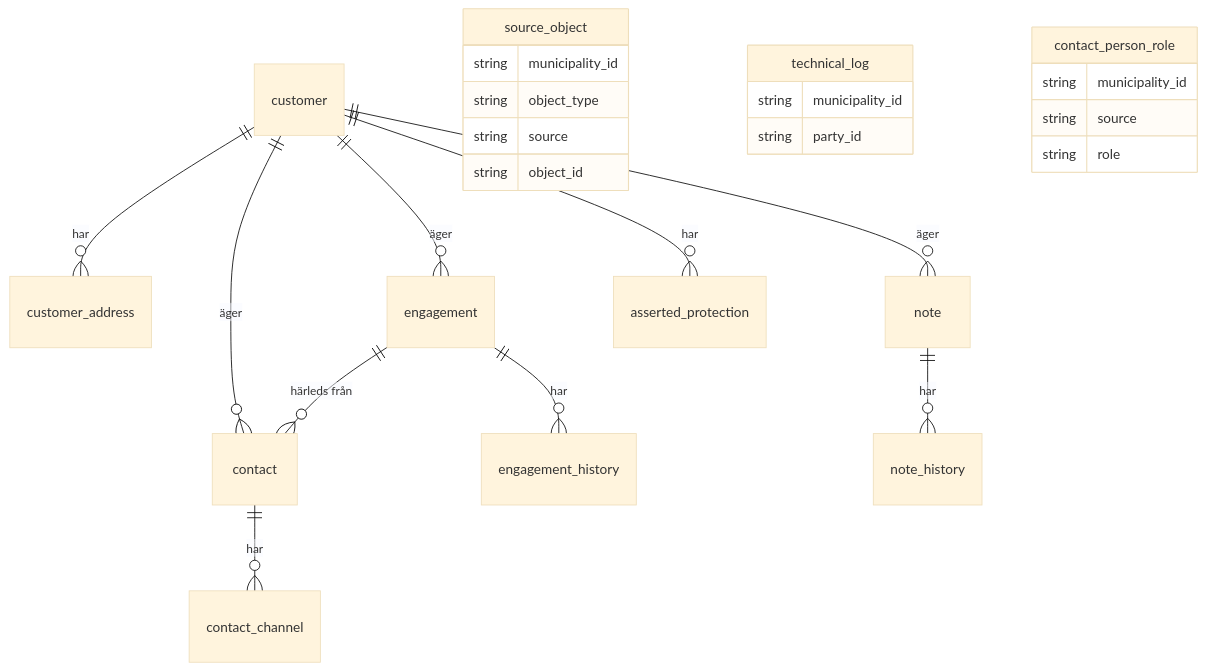
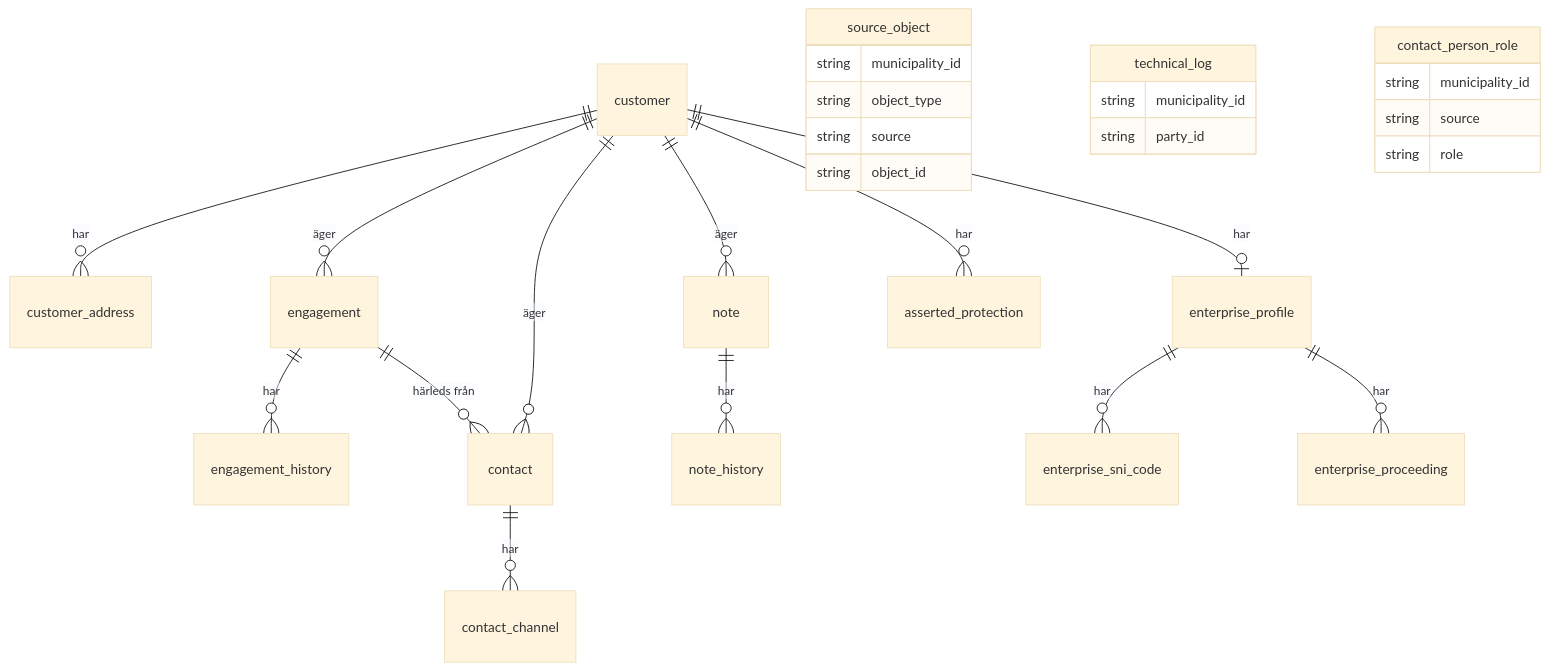
The diagram in docs/arkitektur/04-datamodell.md (Sundsvallskommun/api-service-party-overview), drawn with Mermaid (base theme) before and after one commit. The commit also changed other lines of this file and 14 other files, not shown here.

First line of the commit message:
Store company data from LegalEntity in an enterprise profile

````diff
--- a/docs/arkitektur/04-datamodell.md
+++ b/docs/arkitektur/04-datamodell.md
@@ -7,27 +7,30 @@
 ```mermaid
 erDiagram
     customer ||--o{ customer_address : "har"
     customer ||--o{ engagement : "äger"
     customer ||--o{ contact : "äger"
     customer ||--o{ note : "äger"
     customer ||--o{ asserted_protection : "har"
+    customer ||--o| enterprise_profile : "har"
+    enterprise_profile ||--o{ enterprise_sni_code : "har"
+    enterprise_profile ||--o{ enterprise_proceeding : "har"
     engagement ||--o{ engagement_history : "har"
     engagement ||--o{ contact : "härleds från"
     contact ||--o{ contact_channel : "har"
     note ||--o{ note_history : "har"
     source_object {
         string municipality_id
         string object_type
         string source
         string object_id
     }
     technical_log {
         string municipality_id
         string party_id
     }
     contact_person_role {
         string municipality_id
         string source
         string role
     }
 ```
````
